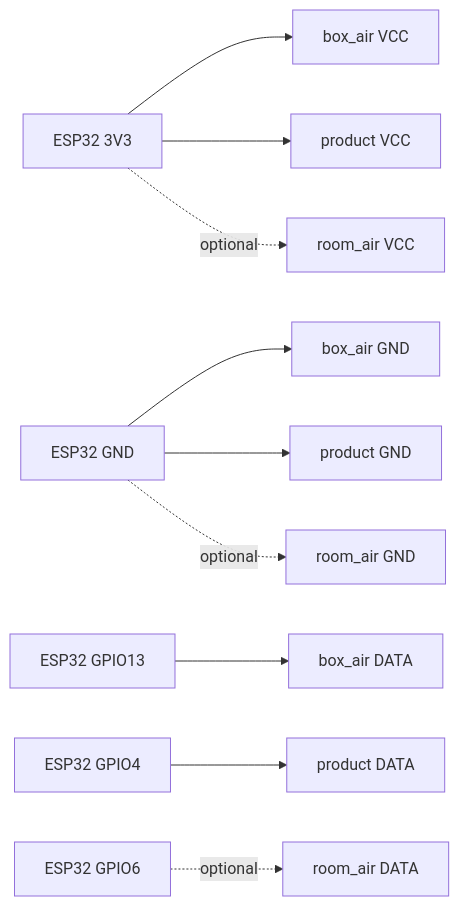
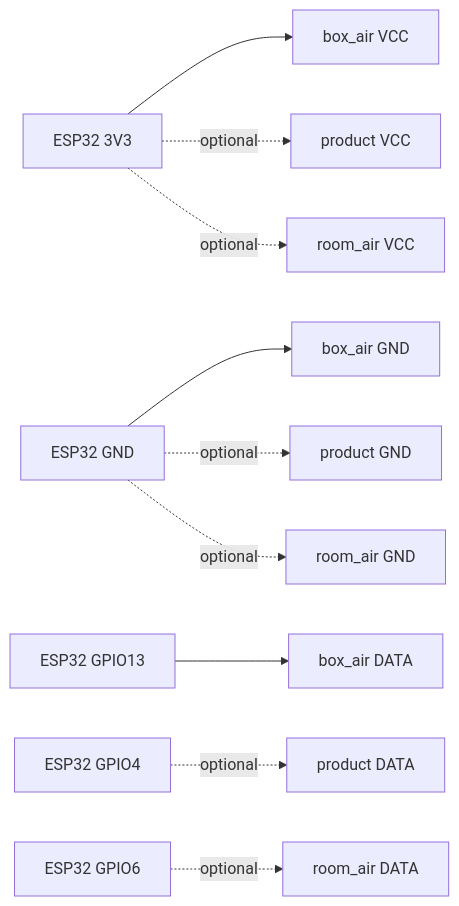
The diagram in docs/getting-started.md (jokroese/tempeh-os), drawn with Mermaid before and after one commit. The commit also changed other lines of this file and 9 other files, not shown here.

Commit message:
feat(firmware): make product probe optional

````diff
--- a/docs/getting-started.md
+++ b/docs/getting-started.md
@@ -109,12 +109,12 @@
 ```mermaid
 flowchart LR
     V[ESP32 3V3] --> BV[box_air VCC]
     G[ESP32 GND] --> BG[box_air GND]
     D13[ESP32 GPIO13] --> BD[box_air DATA]
-    V --> PV[product VCC]
-    G --> PG[product GND]
-    D4[ESP32 GPIO4] --> PD[product DATA]
+    V -. optional .-> PV[product VCC]
+    G -. optional .-> PG[product GND]
+    D4[ESP32 GPIO4] -. optional .-> PD[product DATA]
     V -. optional .-> RV[room_air VCC]
     G -. optional .-> RG[room_air GND]
     D6[ESP32 GPIO6] -. optional .-> RD[room_air DATA]
 ```
````
